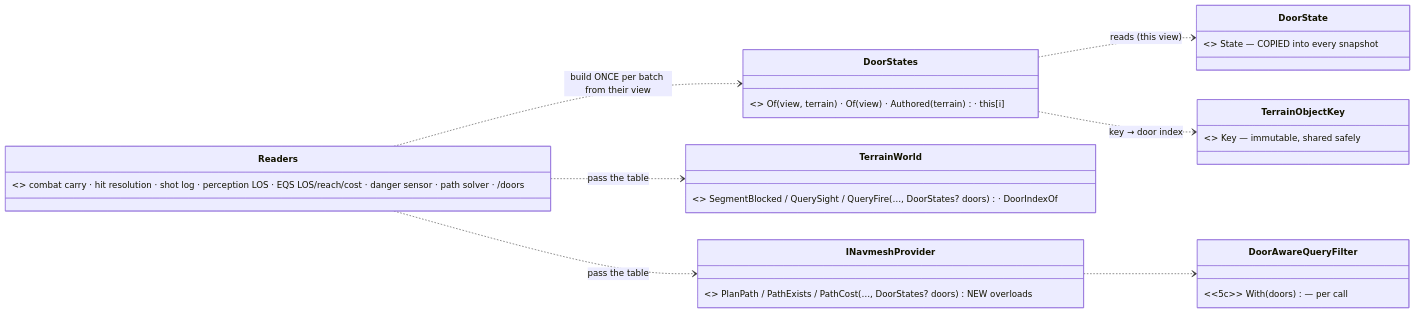
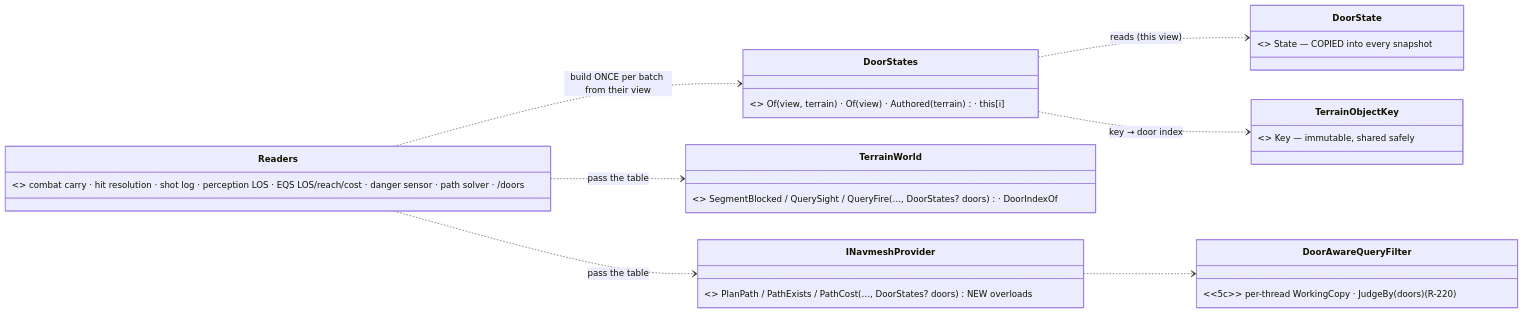
Before and after one commit to pjanec/HROT: diagram 15 of 17 in docs/DESIGN_Building_Interiors.md, drawn with Mermaid. The commit also changed other lines of this file and 11 other files, not shown here.

First line of the commit message:
perf(CE-3108, R-220): background batches allocate nothing per query

````diff
--- a/docs/DESIGN_Building_Interiors.md
+++ b/docs/DESIGN_Building_Interiors.md
@@ -727,17 +727,17 @@
 ```mermaid
 classDiagram
     direction LR
     class DoorState { <<component 337, unmanaged>> State — COPIED into every snapshot }
     class TerrainObjectKey { <<managed record 338>> Key — immutable, shared safely }
     class DoorStates { <<NEW, immutable>> Of(view, terrain) · Of(view) · Authored(terrain) · this[i] }
     class TerrainWorld { <<immutable again>> SegmentBlocked / QuerySight / QueryFire (…, DoorStates? doors) · DoorIndexOf }
     class INavmeshProvider { <<existing>> PlanPath / PathExists / PathCost (…, DoorStates? doors) NEW overloads }
-    class DoorAwareQueryFilter { <<5c>> With(doors) — per call }
+    class DoorAwareQueryFilter { <<5c>> per-thread WorkingCopy · JudgeBy(doors) (R-220) }
     class Readers { <<every caller>> combat carry · hit resolution · shot log · perception LOS · EQS LOS/reach/cost · danger sensor · path solver · /doors }
     DoorStates ..> DoorState : reads (this view)
     DoorStates ..> TerrainObjectKey : key → door index
     Readers ..> DoorStates : build ONCE per batch from their view
     Readers ..> TerrainWorld : pass the table
     Readers ..> INavmeshProvider : pass the table
     INavmeshProvider ..> DoorAwareQueryFilter
 ```
````
